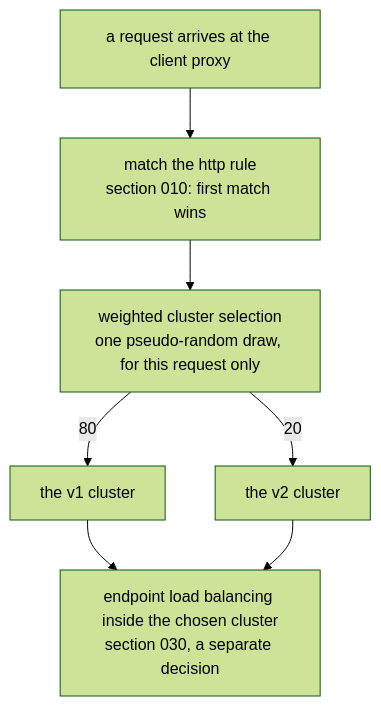
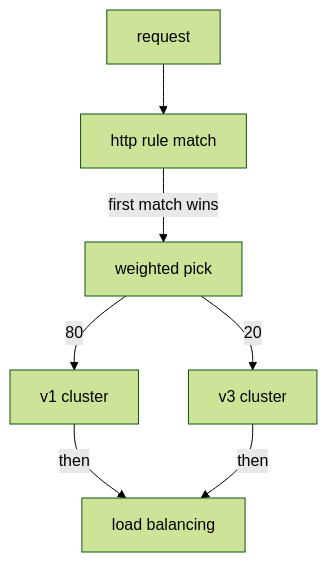
Before and after one commit to astrona-io/ATS014: the diagram in sections/section-020/module-01/course-01-weighted-destinations.md, drawn with Mermaid (forest theme). The commit also changed other lines of this file and 444 other files, not shown here.

````diff
--- a/sections/section-020/module-01/course-01-weighted-destinations.md
+++ b/sections/section-020/module-01/course-01-weighted-destinations.md
@@ -44,9 +45,9 @@
 ```mermaid
-flowchart TD
-    R["a request arrives at the client proxy"] --> M["match the http rule<br/>section 010: first match wins"]
-    M --> W["weighted cluster selection<br/>one pseudo-random draw, for this request only"]
-    W -->|"80"| C1["the v1 cluster"]
-    W -->|"20"| C2["the v2 cluster"]
-    C1 --> E["endpoint load balancing inside the chosen cluster<br/>section 030, a separate decision"]
-    C2 --> E
+flowchart TB
+    R["request"] --> M["http rule match"]
+    M -->|"first match wins"| W["weighted pick"]
+    W -->|"80"| C1["v1 cluster"]
+    W -->|"20"| C2["v3 cluster"]
+    C1 -->|"then"| E["load balancing"]
+    C2 -->|"then"| E
 ```
````
